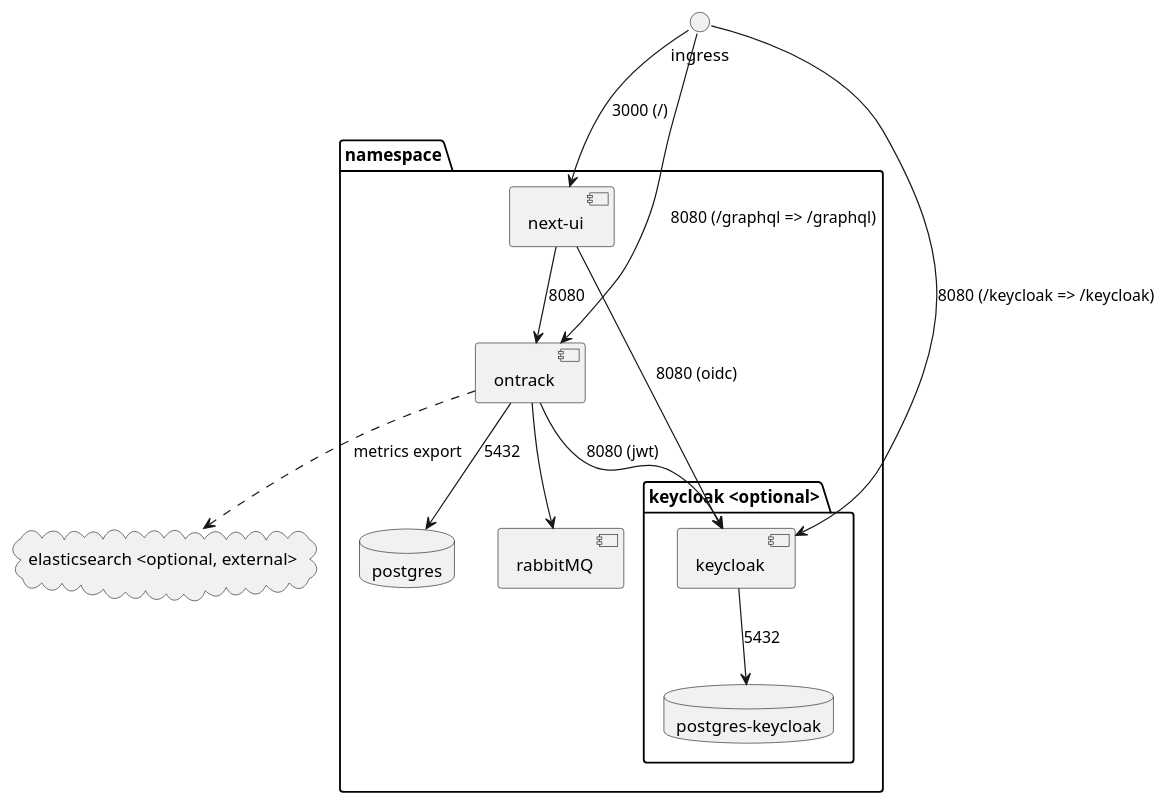
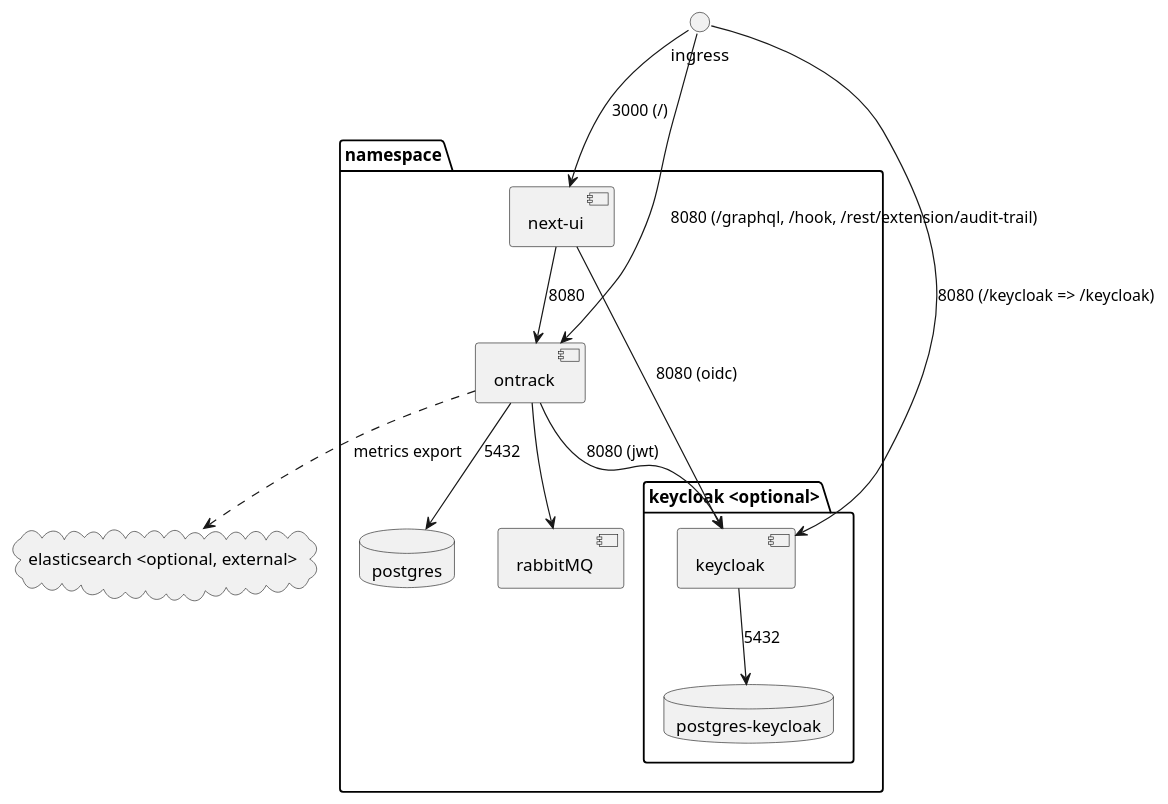
Before and after one commit to yontrack/yontrack-chart: the diagram in docs/components.puml, drawn with PlantUML. The commit also changed 3 other files, not shown here.

First line of the commit message:
feat: route /rest/extension/audit-trail to the backend (#122)

```diff
--- a/docs/components.puml
+++ b/docs/components.puml
@@ -1,33 +1,33 @@
 @startuml
 
 package namespace {
     database postgres
     component ontrack
     component "next-ui" as nextUI
     component rabbitMQ
 
     package "keycloak <optional>" as keycloak-package {
         database "postgres-keycloak"
         component keycloak
     }
 }
 
 nextUI --> ontrack: 8080
 ontrack --> postgres: 5432
 ontrack --> rabbitMQ
 
 keycloak --> "postgres-keycloak": 5432
 
 ontrack --> keycloak: 8080 (jwt)
 nextUI --> keycloak: 8080 (oidc)
 
 interface ingress
 
 ingress --> nextUI: 3000 (/)
 ingress --> keycloak: 8080 (/keycloak => /keycloak)
-ingress --> ontrack: 8080 (/graphql => /graphql)
+ingress --> ontrack: 8080 (/graphql, /hook, /rest/extension/audit-trail)
 
 cloud "elasticsearch <optional, external>" as elasticSearch
 ontrack ..> elasticSearch: metrics export
 
 @enduml
```
